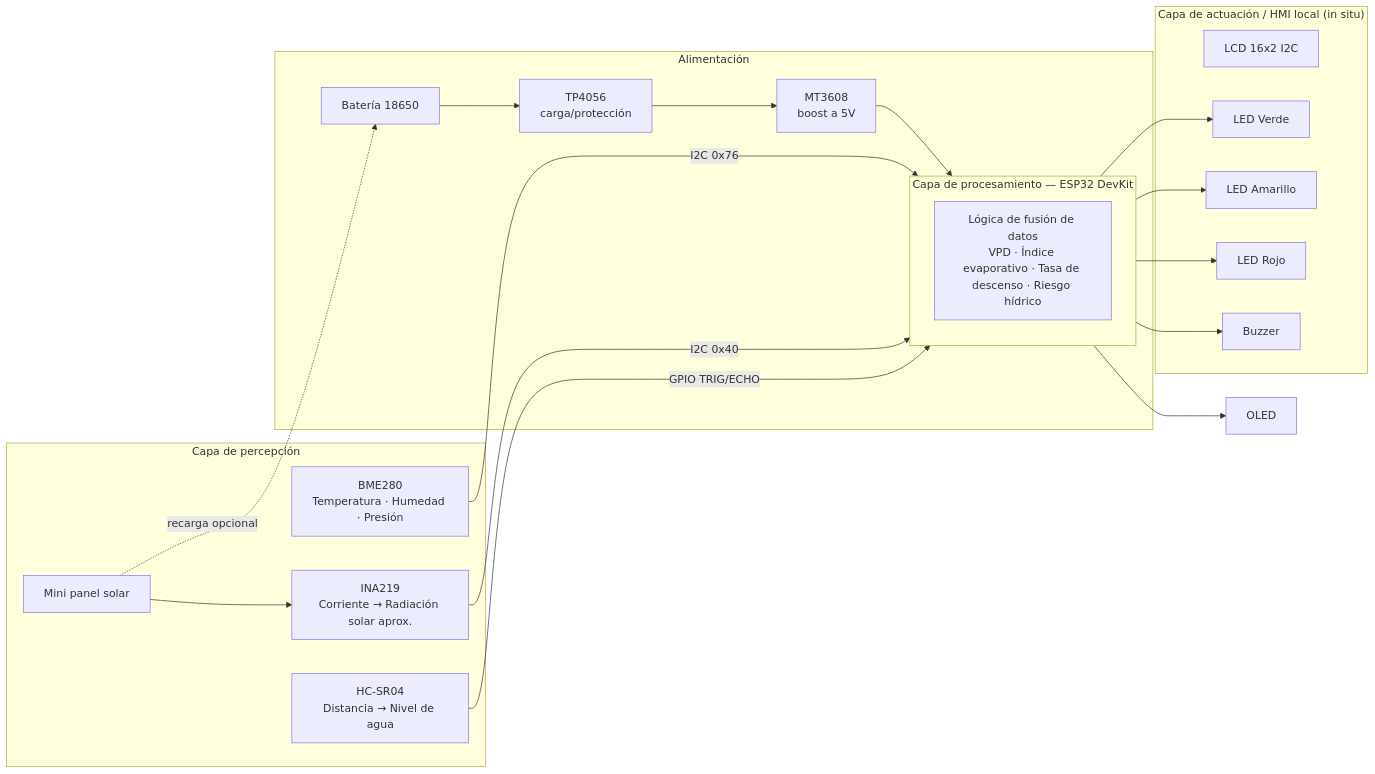
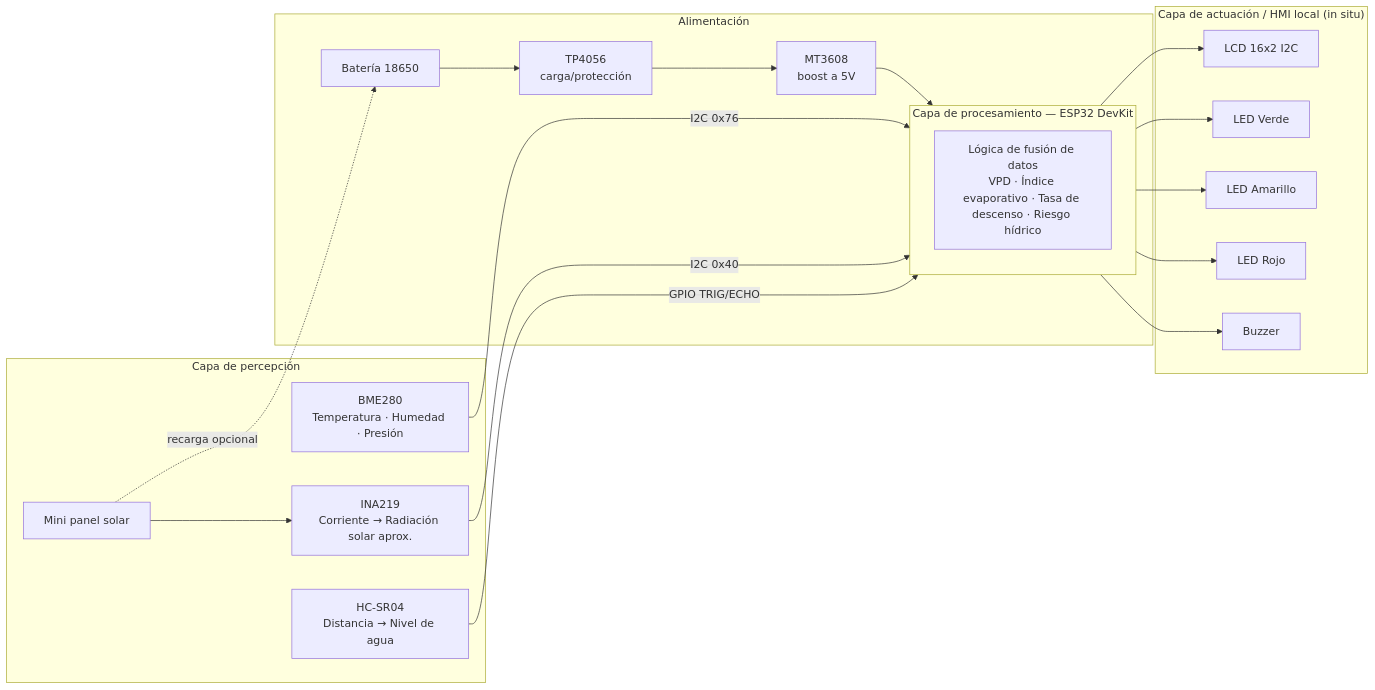
Before and after one commit to jorgis857/sistema-alerta-temprana-riesgo-hidrico: the first of 2 diagrams in wiki/02-Solucion-Propuesta.md, drawn with Mermaid. The commit also changed other lines of this file, not shown here.

````diff
--- a/wiki/02-Solucion-Propuesta.md
+++ b/wiki/02-Solucion-Propuesta.md
@@ -27,37 +27,37 @@
 ```mermaid
 flowchart LR
     subgraph SENSORES["Capa de percepción"]
         BME[BME280\nTemperatura · Humedad · Presión]
         SOLAR[Mini panel solar]
         INA[INA219\nCorriente → Radiación solar aprox.]
         US[HC-SR04\nDistancia → Nivel de agua]
     end
 
     subgraph MCU["Capa de procesamiento — ESP32 DevKit"]
         FUS[Lógica de fusión de datos\nVPD · Índice evaporativo · Tasa de descenso · Riesgo hídrico]
     end
 
     subgraph ACT["Capa de actuación / HMI local (in situ)"]
         LCD[LCD 16x2 I2C]
         LEDV[LED Verde]
         LEDA[LED Amarillo]
         LEDR[LED Rojo]
         BUZ[Buzzer]
     end
 
     subgraph PWR["Alimentación"]
         BAT[Batería 18650] --> TP[TP4056\ncarga/protección] --> BOOST[MT3608\nboost a 5V] --> MCU
         SOLAR -.recarga opcional.-> BAT
     end
 
     BME -- I2C 0x76 --> MCU
     SOLAR --> INA
     INA -- I2C 0x40 --> MCU
     US -- GPIO TRIG/ECHO --> MCU
 
-    MCU --> OLED
+    MCU --> LCD
     MCU --> LEDV
     MCU --> LEDA
     MCU --> LEDR
     MCU --> BUZ
 ```
````
